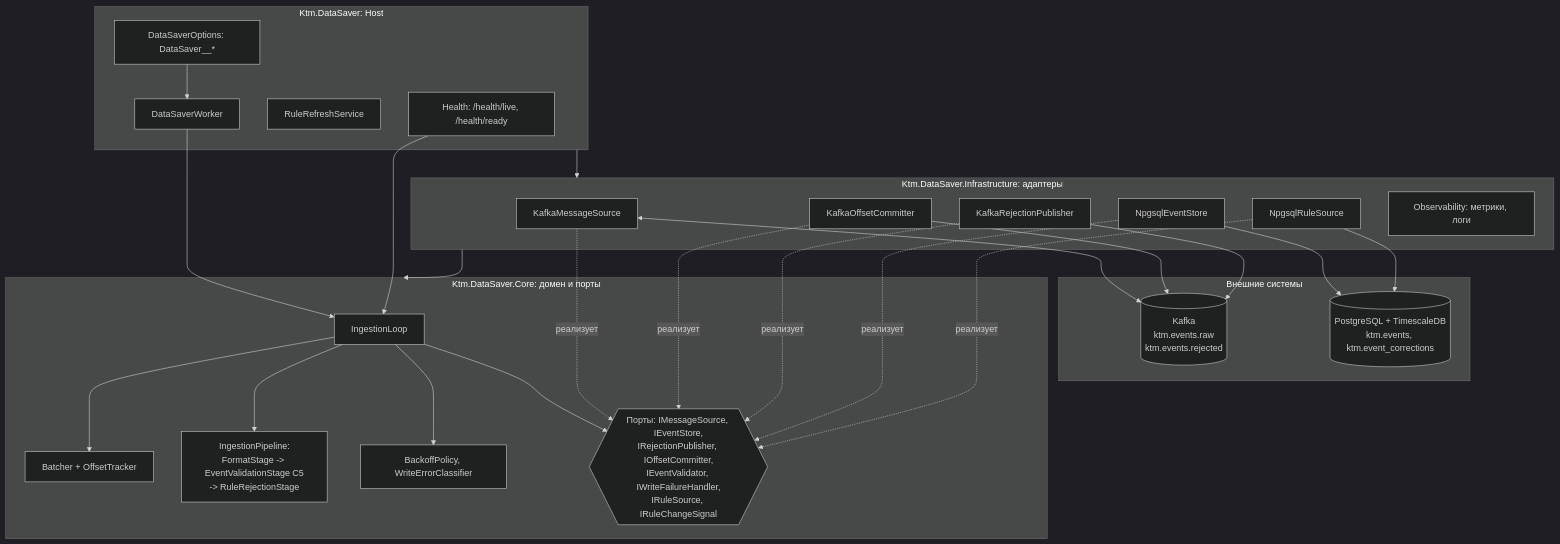
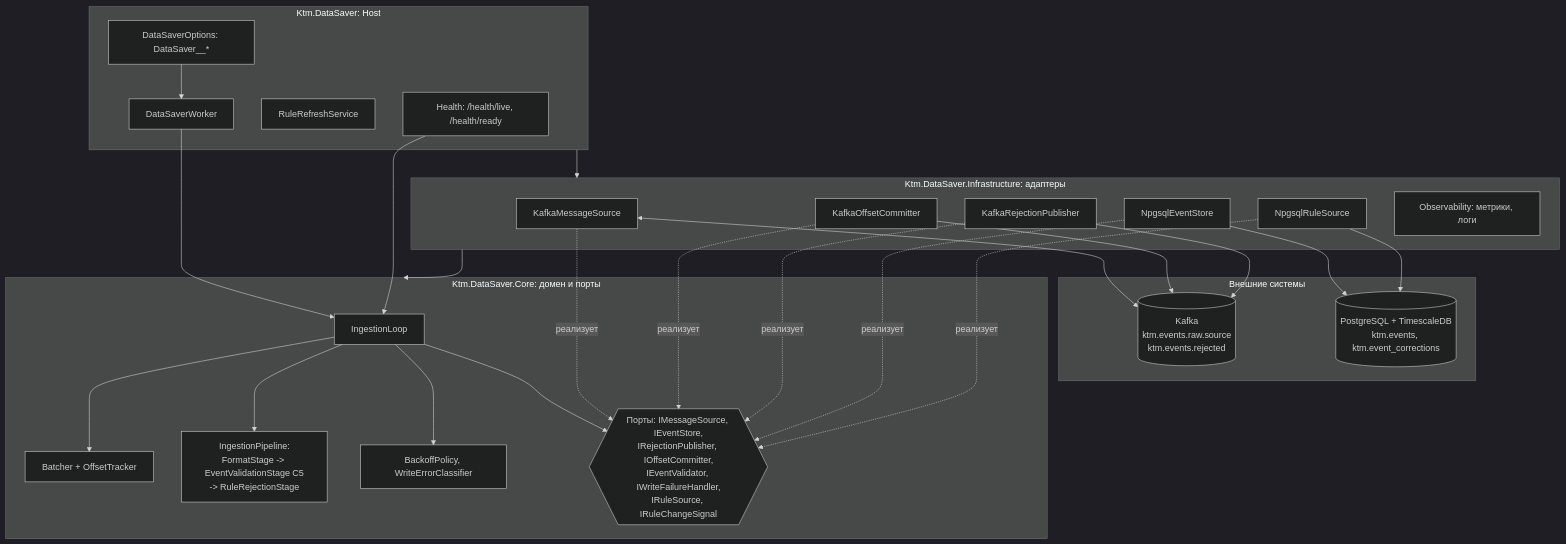
The second of 3 diagrams in src/README.md (mmg163/ktm_backend), drawn with Mermaid (dark theme) before and after one commit. The commit also changed other lines of this file and 29 other files, not shown here.

````diff
--- a/src/README.md
+++ b/src/README.md
@@ -69,51 +69,51 @@
 ```mermaid
 flowchart TB
     subgraph EXT[Внешние системы]
-        K[(Kafka<br/>ktm.events.raw<br/>ktm.events.rejected)]
+        K[(Kafka<br/>ktm.events.raw.source<br/>ktm.events.rejected)]
         PG[(PostgreSQL + TimescaleDB<br/>ktm.events, ktm.event_corrections)]
     end
 
     subgraph HOST[Ktm.DataSaver: Host]
         W[DataSaverWorker]
         RS[RuleRefreshService]
         H[Health: /health/live, /health/ready]
         CFG[DataSaverOptions: DataSaver__*]
     end
 
     subgraph INFRA[Ktm.DataSaver.Infrastructure: адаптеры]
         KS[KafkaMessageSource]
         KC[KafkaOffsetCommitter]
         KR[KafkaRejectionPublisher]
         NS[NpgsqlEventStore]
         NR[NpgsqlRuleSource]
         OBS[Observability: метрики, логи]
     end
 
     subgraph CORE[Ktm.DataSaver.Core: домен и порты]
         LOOP[IngestionLoop]
         BT[Batcher + OffsetTracker]
         PIPE[IngestionPipeline:<br/>FormatStage -> EventValidationStage C5<br/>-> RuleRejectionStage]
         RES[BackoffPolicy, WriteErrorClassifier]
         PORTS{{Порты: IMessageSource, IEventStore,<br/>IRejectionPublisher, IOffsetCommitter,<br/>IEventValidator, IWriteFailureHandler,<br/>IRuleSource, IRuleChangeSignal}}
     end
 
     W --> LOOP
     H --> LOOP
     CFG --> W
     HOST --> INFRA
     INFRA --> CORE
     LOOP --> BT
     LOOP --> PIPE
     LOOP --> RES
     LOOP --> PORTS
     KS -. реализует .-> PORTS
     KC -. реализует .-> PORTS
     KR -. реализует .-> PORTS
     NS -. реализует .-> PORTS
     NR -. реализует .-> PORTS
     KS <--> K
     KC --> K
     KR --> K
     NS --> PG
     NR --> PG
 ```
````
